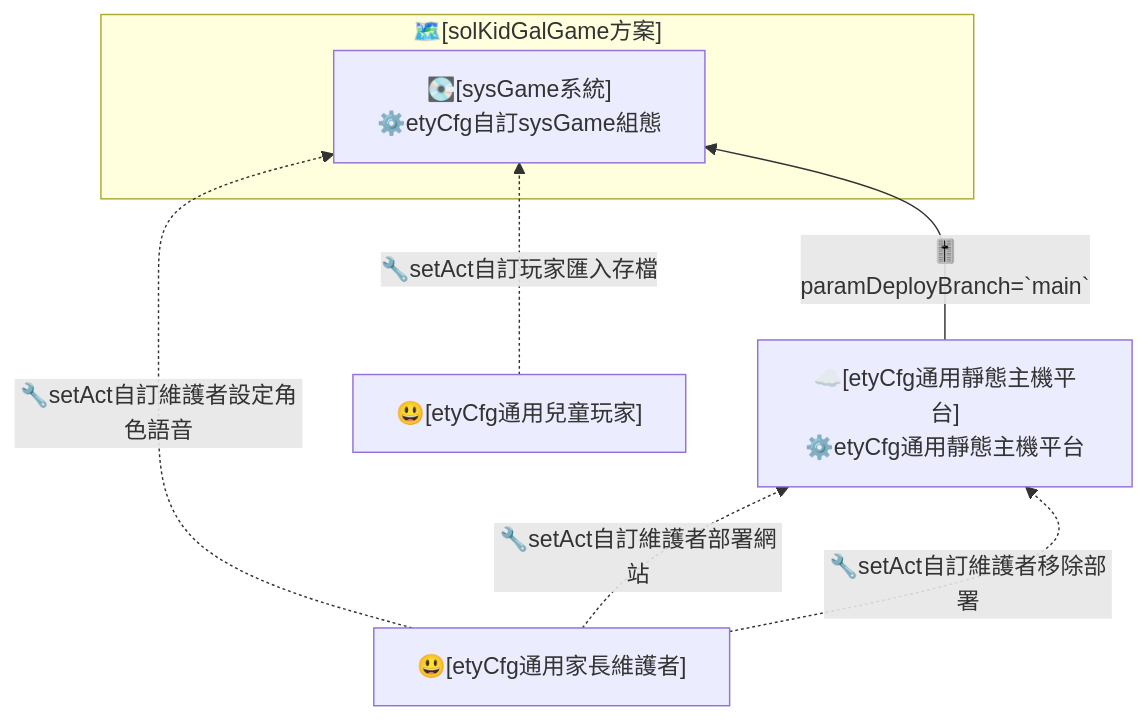
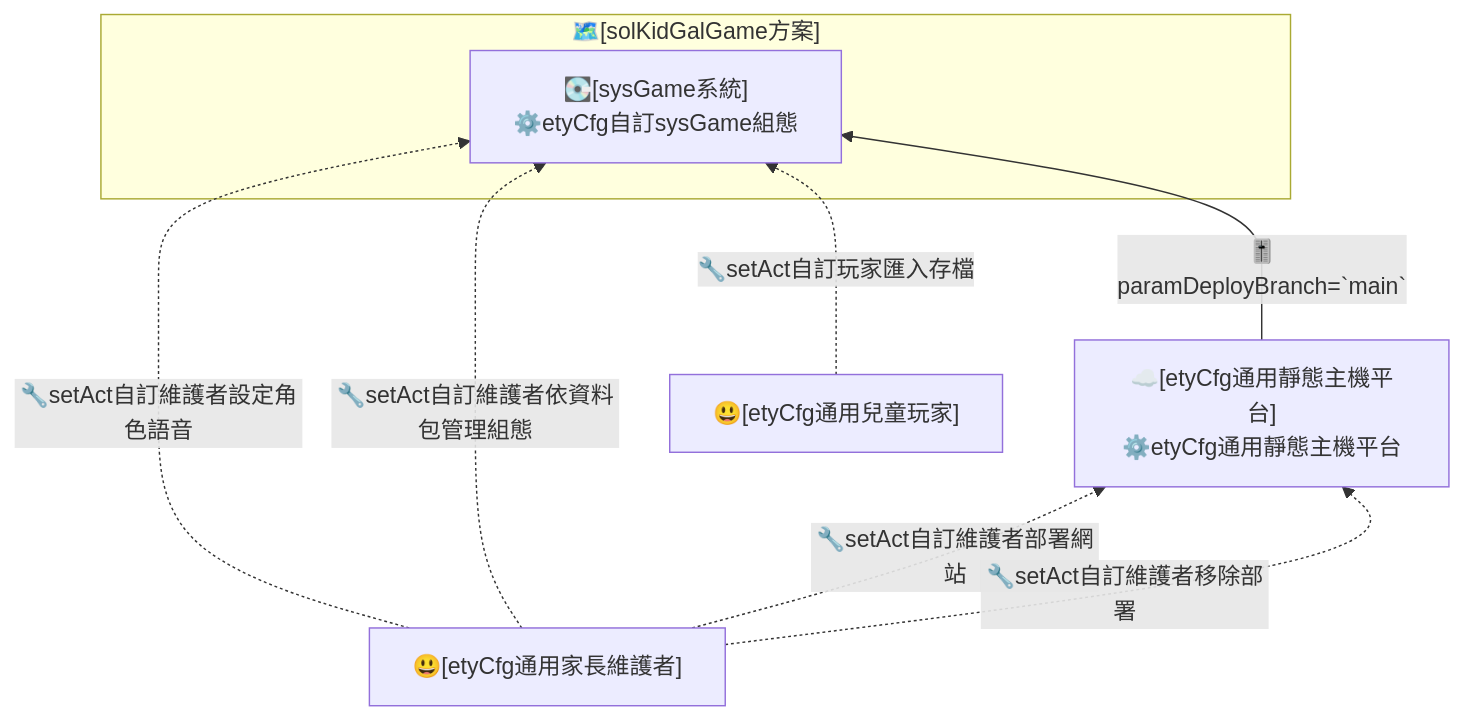
One commit to twStellerWhale-Ocean2/solKidGalGame1 changed the second of 8 diagrams in docs/design.md. Above: the diagram before and after it, drawn with Mermaid. The commit also changed other lines of this file and 19 other files, not shown here.

````diff
--- a/docs/design.md
+++ b/docs/design.md
@@ -53,19 +54,20 @@
 ```mermaid
 flowchart BT
 
 USR["😃[etyCfg通用兒童玩家]"]
 ADM["😃[etyCfg通用家長維護者]"]
 HOST["☁️[etyCfg通用靜態主機平台]
 ⚙️etyCfg通用靜態主機平台"]
 
 subgraph SOL["🗺️[solKidGalGame方案]"]
   SYS["💽[sysGame系統]
 ⚙️etyCfg自訂sysGame組態"]
 end
 
 ADM -.->|"🔧setAct自訂維護者部署網站"| HOST
 ADM -.->|"🔧setAct自訂維護者移除部署"| HOST
 ADM -.->|"🔧setAct自訂維護者設定角色語音"| SYS
+ADM -.->|"🔧setAct自訂維護者依資料包管理組態"| SYS
 USR -.->|"🔧setAct自訂玩家匯入存檔"| SYS
 HOST -->|"🎚️paramDeployBranch=`main`"| SYS
 ```
````
